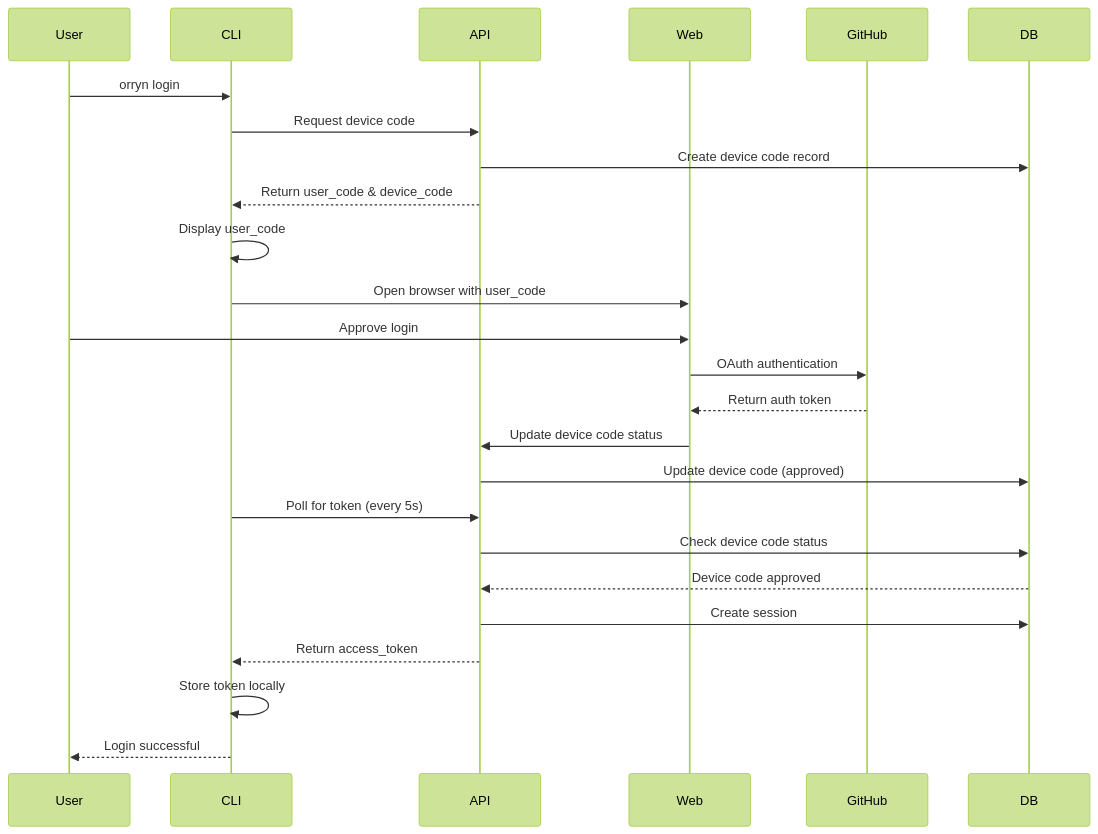
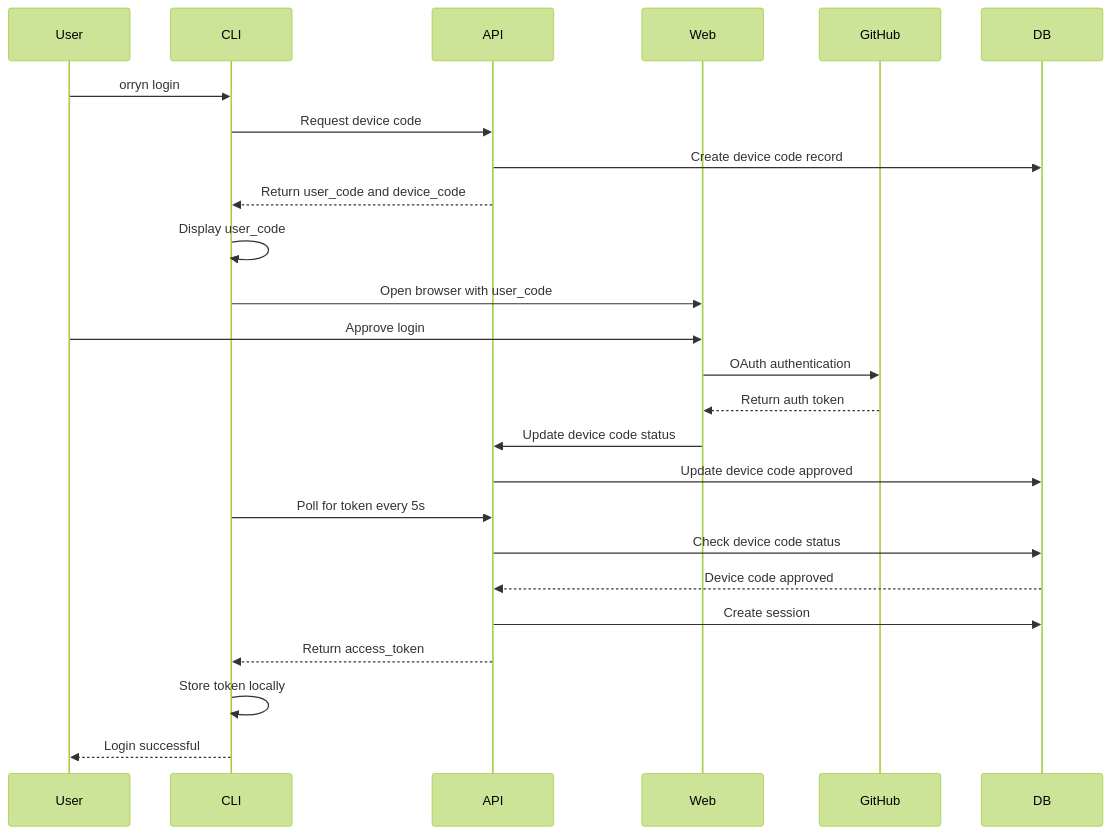
Before and after one commit to Swarnim-Chandve/Orryn-Cli: the third of 7 diagrams in README.md, drawn with Mermaid (forest theme). The commit also changed other lines of this file, not shown here.

````diff
--- a/README.md
+++ b/README.md
@@ -181,28 +181,28 @@
 ```mermaid
 sequenceDiagram
     participant User
     participant CLI
     participant API
     participant Web
     participant GitHub
     participant DB
     
     User->>CLI: orryn login
     CLI->>API: Request device code
     API->>DB: Create device code record
-    API-->>CLI: Return user_code & device_code
+    API-->>CLI: Return user_code and device_code
     CLI->>CLI: Display user_code
     CLI->>Web: Open browser with user_code
     User->>Web: Approve login
     Web->>GitHub: OAuth authentication
     GitHub-->>Web: Return auth token
     Web->>API: Update device code status
-    API->>DB: Update device code (approved)
-    CLI->>API: Poll for token (every 5s)
+    API->>DB: Update device code approved
+    CLI->>API: Poll for token every 5s
     API->>DB: Check device code status
     DB-->>API: Device code approved
     API->>DB: Create session
     API-->>CLI: Return access_token
     CLI->>CLI: Store token locally
     CLI-->>User: Login successful
 ```
````
